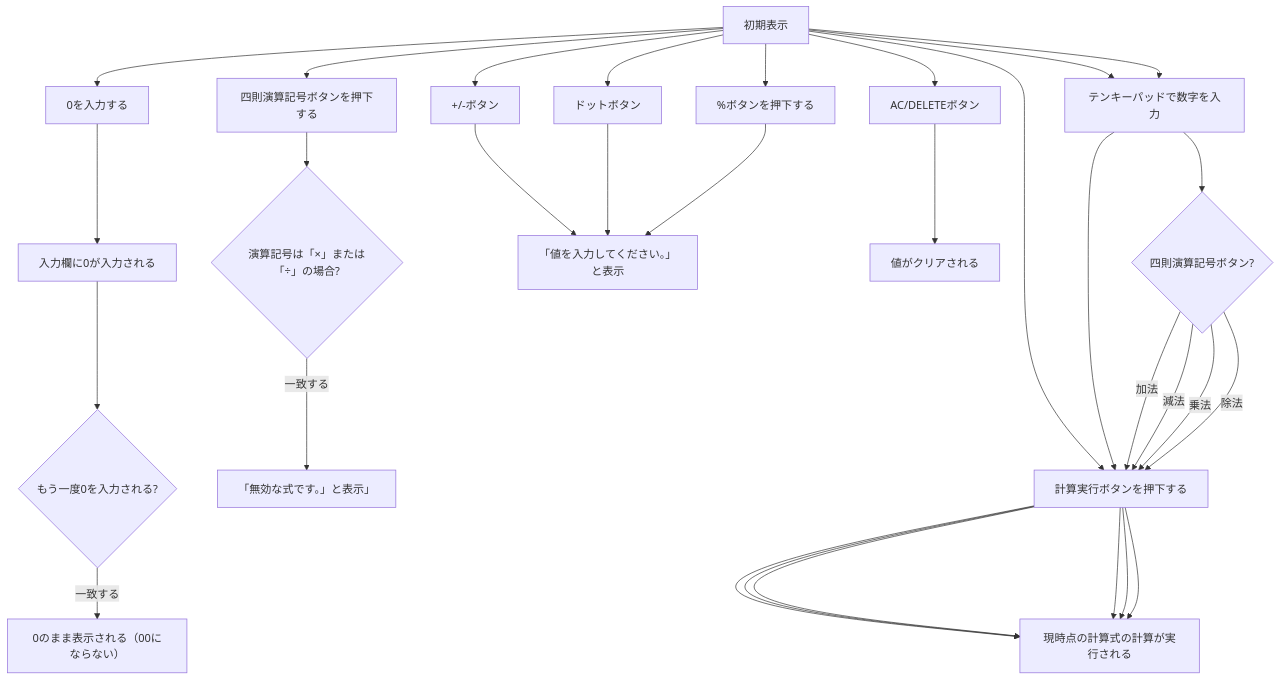
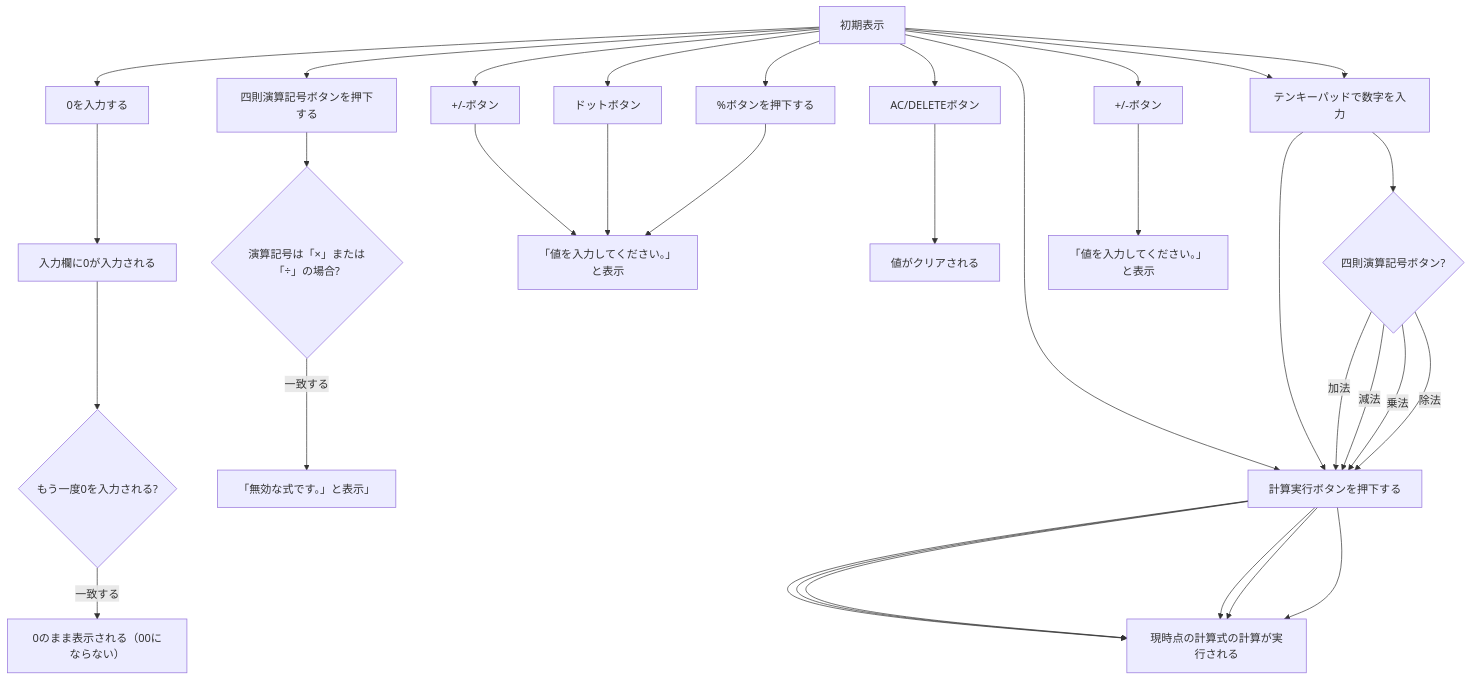
Before and after one commit to N3question/jsp-servlet-calculator: the diagram in 基本設計書.md, drawn with Mermaid.

````diff
--- a/基本設計書.md
+++ b/基本設計書.md
@@ -85,18 +85,19 @@
 ```mermaid
 flowchart TB
     A[初期表示] --> B[0を入力する] --> C[入力欄に0が入力される] -->
     D{もう一度0を入力される?} -- 一致する --> E[0のまま表示される（00にならない）]
     A[初期表示] --> F[四則演算記号ボタンを押下する] -->
     G{演算記号は「×」または「÷」の場合?} -- 一致する --> H[「無効な式です。」と表示」]
     A[初期表示] --> K[+/-ボタン] --> L[「値を入力してください。」と表示]
     A[初期表示] --> M[ドットボタン] --> L[「値を入力してください。」と表示]
     A[初期表示] --> N[%ボタンを押下する] --> L[「値を入力してください。」と表示]
     A[初期表示] --> O[AC/DELETEボタン] --> P[値がクリアされる]
     A[初期表示] --> I[計算実行ボタンを押下する] --> J[現時点の計算式の計算が実行される]
     A[初期表示] --> Q[テンキーパッドで数字を入力] --> I[計算実行ボタンを押下する] --> J[現時点の計算式の計算が実行される]
     A[初期表示] --> Q[テンキーパッドで数字を入力] -->
     R{四則演算記号ボタン?} -- 加法 --> I[計算実行ボタンを押下する] --> J[現時点の計算式の計算が実行される]
     R{四則演算記号ボタン?} -- 減法 --> I[計算実行ボタンを押下する] --> J[現時点の計算式の計算が実行される]
     R{四則演算記号ボタン?} -- 乗法 --> I[計算実行ボタンを押下する] --> J[現時点の計算式の計算が実行される]
     R{四則演算記号ボタン?} -- 除法 --> I[計算実行ボタンを押下する] --> J[現時点の計算式の計算が実行される]
+    A[初期表示] --> S[+/-ボタン] --> T[「値を入力してください。」と表示]
 ```
````
